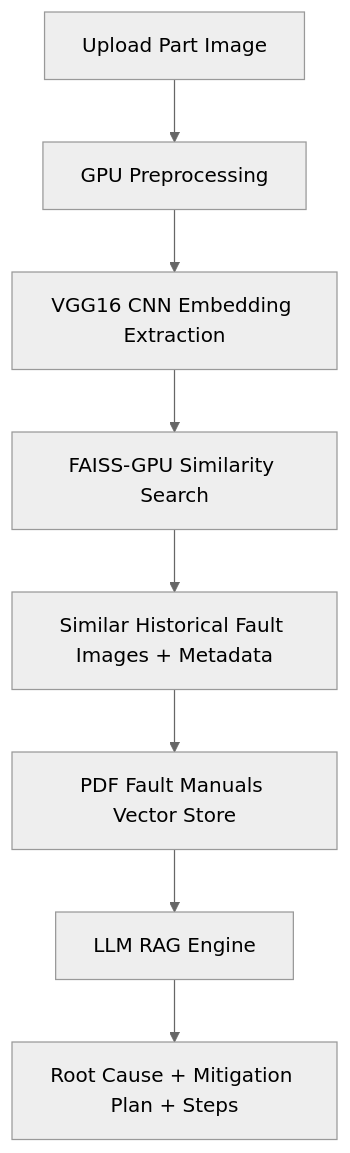
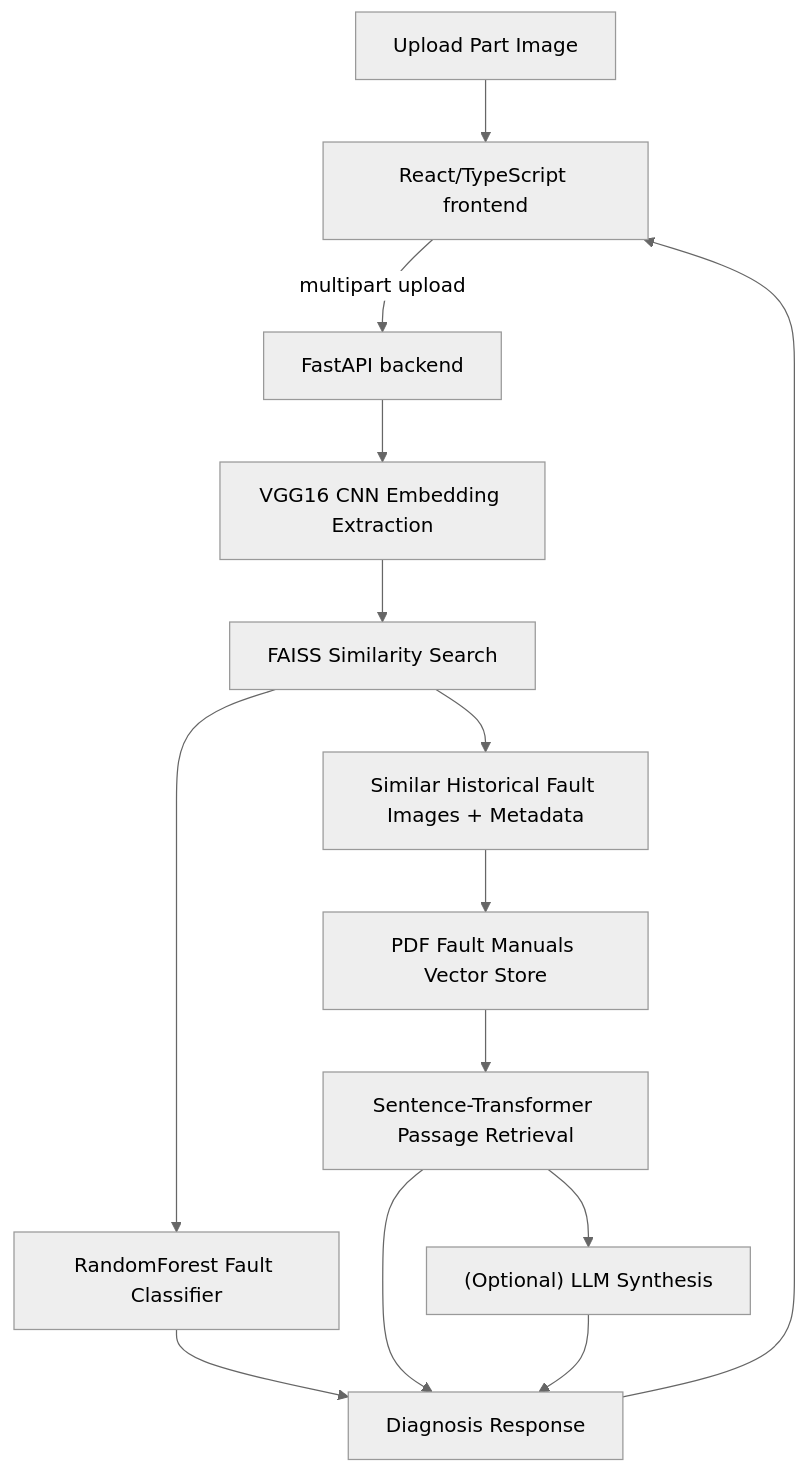
One commit to manuelbomi/GPU-Accelerated-Visual-Fault-Diagnostics-with-RAG-Maintenance-PDF-Intelligence changed the diagram in README.md. Above: the diagram before and after it, drawn with Mermaid (neutral theme). The commit also changed other lines of this file and 42 other files, not shown here.

````diff
--- a/README.md
+++ b/README.md
@@ -34,15 +35,19 @@
 ```mermaid
-
 flowchart TD
 
-A[Upload Part Image] --> B[GPU Preprocessing]
-B --> C[VGG16 CNN Embedding Extraction]
-C --> D[FAISS-GPU Similarity Search]
-D --> E[Similar Historical Fault Images + Metadata]
+A[Upload Part Image] --> B[React/TypeScript frontend]
+B -->|multipart upload| C[FastAPI backend]
+C --> D[VGG16 CNN Embedding Extraction]
+D --> E[FAISS Similarity Search]
+E --> F[Similar Historical Fault Images + Metadata]
+E --> G[RandomForest Fault Classifier]
 
-E --> F[PDF Fault Manuals Vector Store]
-F --> G[LLM RAG Engine]
-G --> H[Root Cause + Mitigation Plan + Steps]
+F --> H[PDF Fault Manuals Vector Store]
+H --> I[Sentence-Transformer Passage Retrieval]
+I --> J["(Optional) LLM Synthesis"]
 
-
+G --> K[Diagnosis Response]
+I --> K
+J --> K
+K --> B
 ```
````
